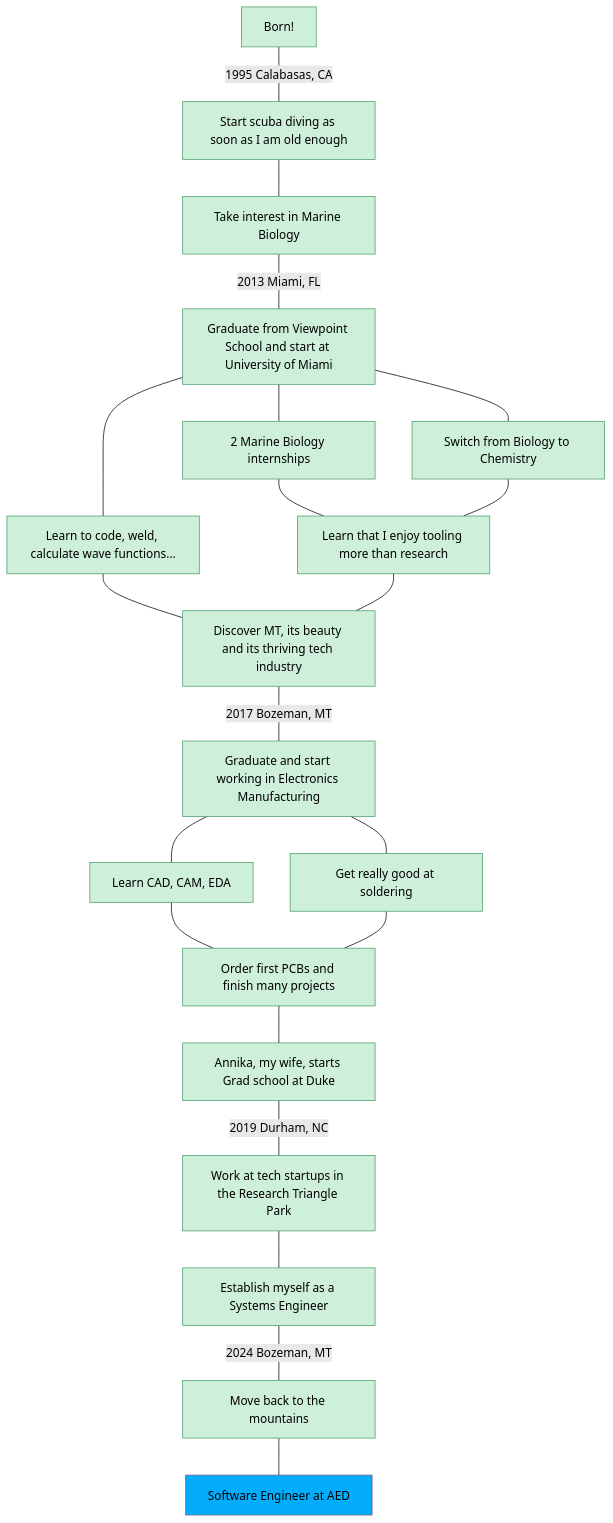
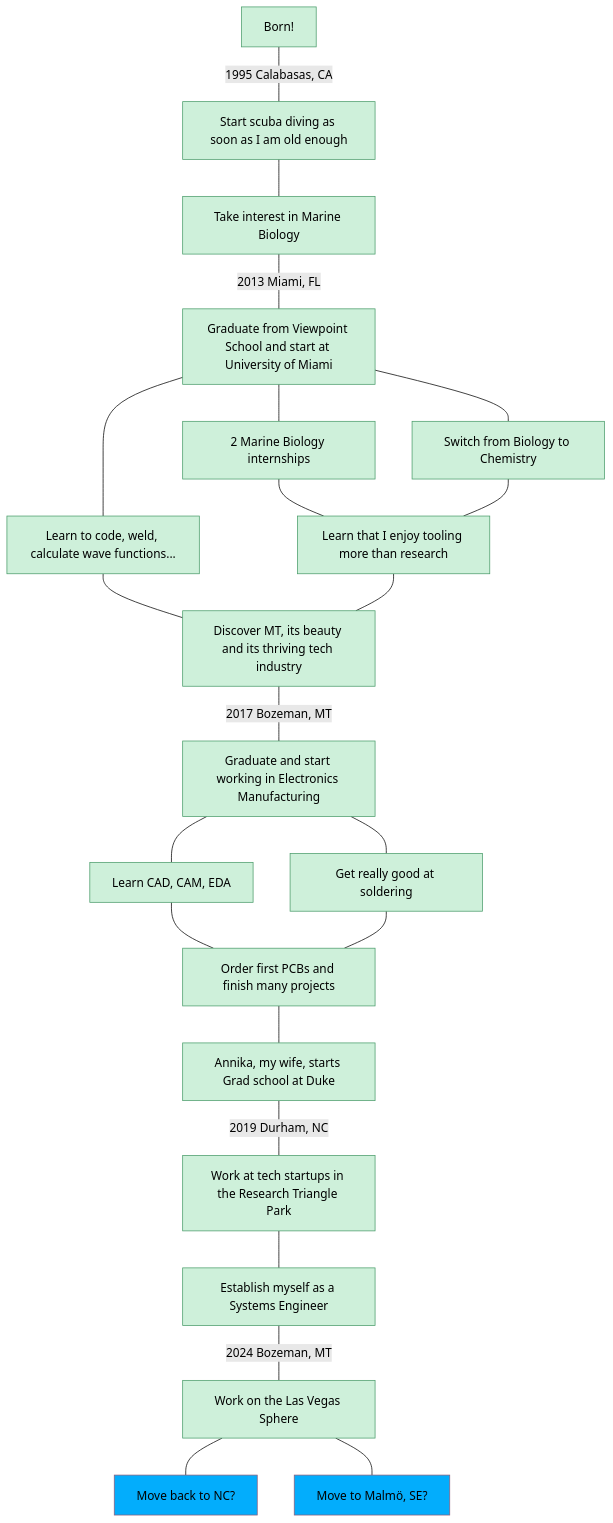
The diagram in journey/README.md (bradmartin333/bradmartin333.github.io), drawn with Mermaid (forest theme) before and after one commit.

Commit message:
update journey post-AED

````diff
--- a/journey/README.md
+++ b/journey/README.md
@@ -3,24 +3,25 @@
 ```mermaid
 graph TD;
     A[Born!] --1995 Calabasas, CA--- B[Start scuba diving as soon as I am old enough];
     B --- C[Take interest in Marine Biology];
     C --2013 Miami, FL--- D[Graduate from Viewpoint School and start at University of Miami];
     D --- E[2 Marine Biology internships];
     D --- F[Switch from Biology to Chemistry];
     D --- G[Learn to code, weld, calculate wave functions...] --- J;
     E --- H[Learn that I enjoy tooling more than research];
     F --- H --- J[Discover MT, its beauty and its thriving tech industry];
     J --2017 Bozeman, MT--- K[Graduate and start working in Electronics Manufacturing];
     K --- L[Learn CAD, CAM, EDA];
     L --- N[Order first PCBs and finish many projects];
     K --- M[Get really good at soldering];
     M --- N --- O[Annika, my wife, starts Grad school at Duke];
     O --2019 Durham, NC--- P[Work at tech startups in the Research Triangle Park];
     P --- Q[Establish myself as a Systems Engineer];
-    Q --2024 Bozeman, MT--- R[Move back to the mountains];
-    R --- S[Software Engineer at AED];
+    Q --2024 Bozeman, MT--- R[Work on the Las Vegas Sphere];
+    R --- S[Move back to NC?];
+    R --- T[Move to Malmö, SE?];
     classDef default fill:#cef0da,stroke:#4a9c6a
-    click S href "https://aed.pro/"
     classDef wow fill:#03adfc,stroke:#8d5c7b
     class S wow;
+    class T wow;
 ```
````
